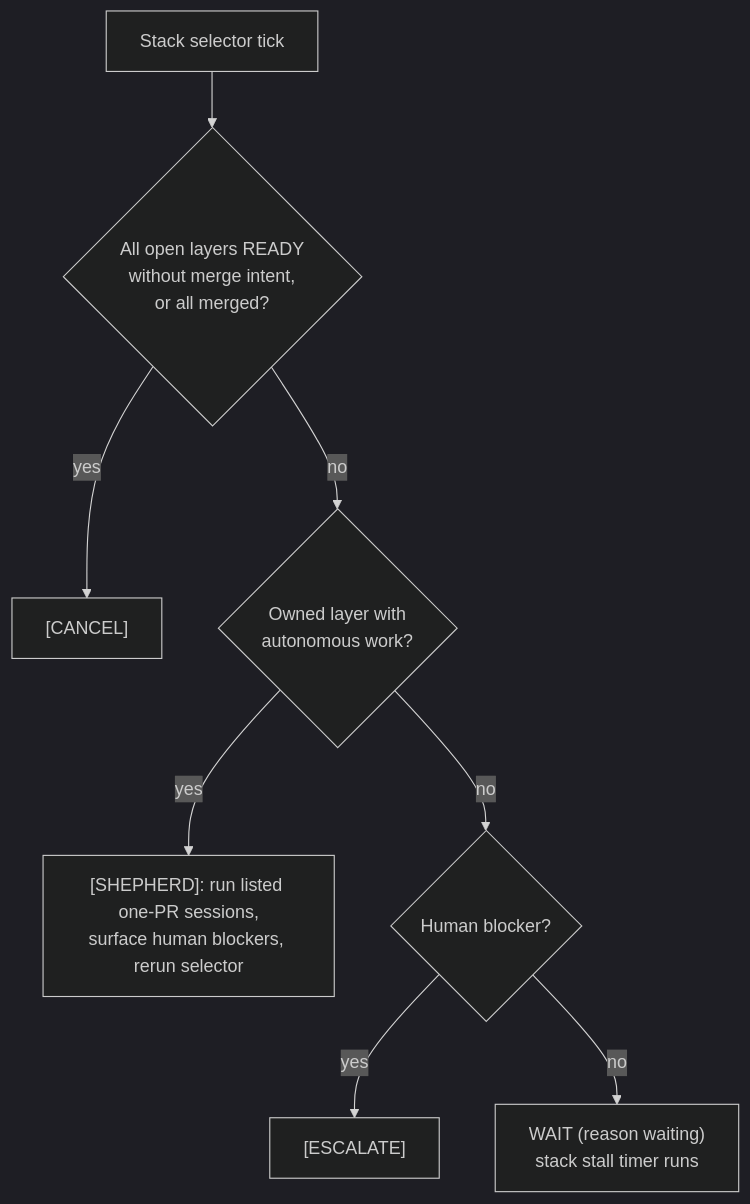
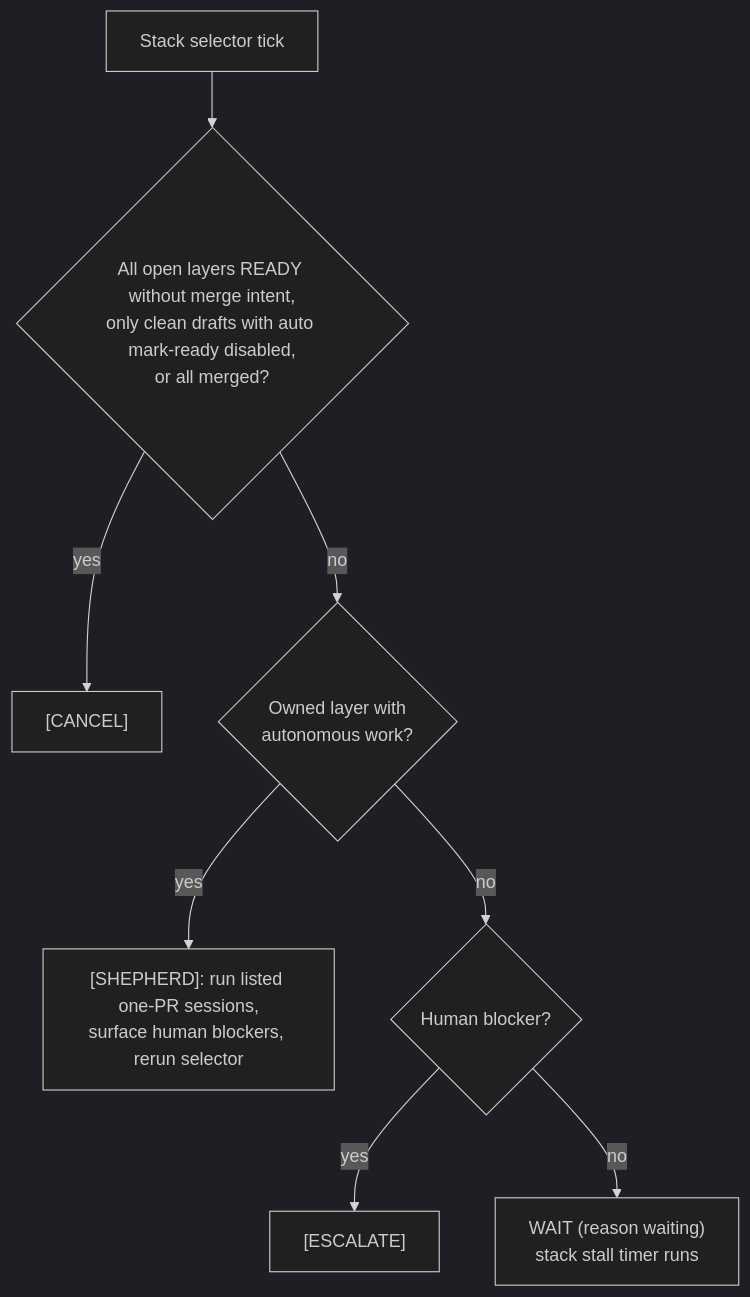
The diagram in docs/actions.md (jonathanong/pr-shepherd), drawn with Mermaid (dark theme) before and after one commit. The commit also changed other lines of this file and 59 other files, not shown here.

Commit message:
fix: stop shepherding clean drafts with auto mark-ready disabled

````diff
--- a/docs/actions.md
+++ b/docs/actions.md
@@ -214,10 +214,10 @@
 ```mermaid
 flowchart TD
-  A[Stack selector tick] --> B{All open layers READY<br/>without merge intent,<br/>or all merged?}
+  A[Stack selector tick] --> B{All open layers READY without merge intent,<br/>only clean drafts with auto mark-ready disabled,<br/>or all merged?}
   B -- yes --> C["[CANCEL]"]
   B -- no --> D{Owned layer with<br/>autonomous work?}
   D -- yes --> E["[SHEPHERD]: run listed one-PR sessions,<br/>surface human blockers, rerun selector"]
   D -- no --> F{Human blocker?}
   F -- yes --> G["[ESCALATE]"]
   F -- no --> H["WAIT (reason waiting)<br/>stack stall timer runs"]
 ```
````
